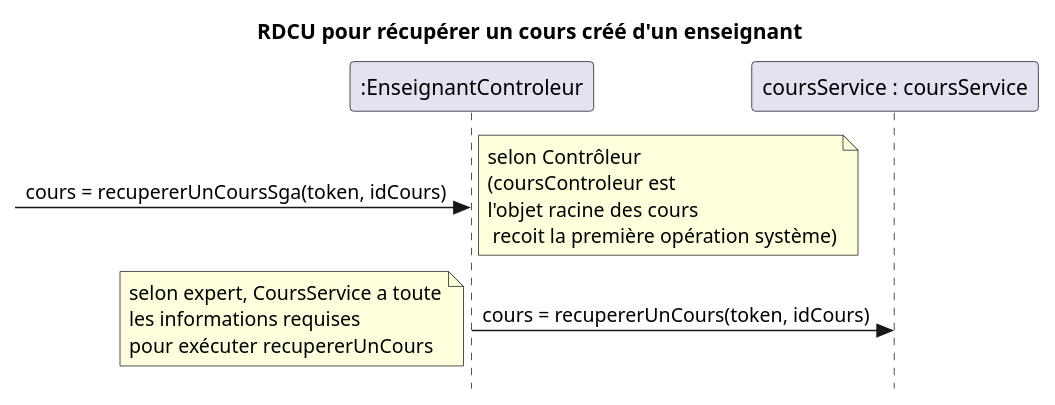
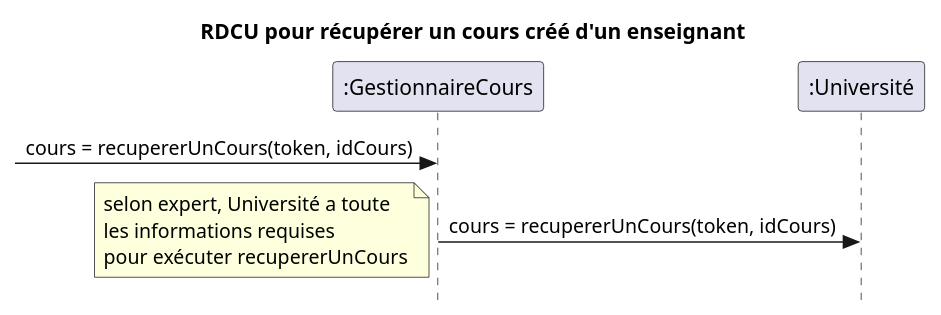
Before and after one commit to nerdz88/SGA-TS: the second of 2 diagrams in docs/Récupérer cours/RDCU_Recuperer_Cours.puml, drawn with PlantUML. The commit also changed 13 other files, not shown here.

Commit message:
Diagrammes + codes + tests complété pour cours

```diff
--- a/docs/Récupérer cours/RDCU_Recuperer_Cours.puml
+++ b/docs/Récupérer cours/RDCU_Recuperer_Cours.puml
@@ -14,11 +14,10 @@
 @startuml récupérer un cours
 skinparam style strictuml
 skinparam defaultfontname Verdana
 title RDCU pour récupérer un cours créé d'un enseignant
-participant ":EnseignantControleur" as controleur
-participant "coursService : coursService" as mapCours
-->controleur : cours = recupererUnCoursSga(token, idCours)
-note right : selon Contrôleur\n(coursControleur est\nl'objet racine des cours\n recoit la première opération système)
-controleur -> mapCours : cours = recupererUnCours(token, idCours)
-note left : selon expert, CoursService a toute\nles informations requises\npour exécuter recupererUnCours
+participant ":GestionnaireCours" as controleur
+participant ":Université" as modele
+->controleur : cours = recupererUnCours(token, idCours)
+controleur -> modele : cours = recupererUnCours(token, idCours)
+note left : selon expert, Université a toute\nles informations requises\npour exécuter recupererUnCours
 @enduml
```
